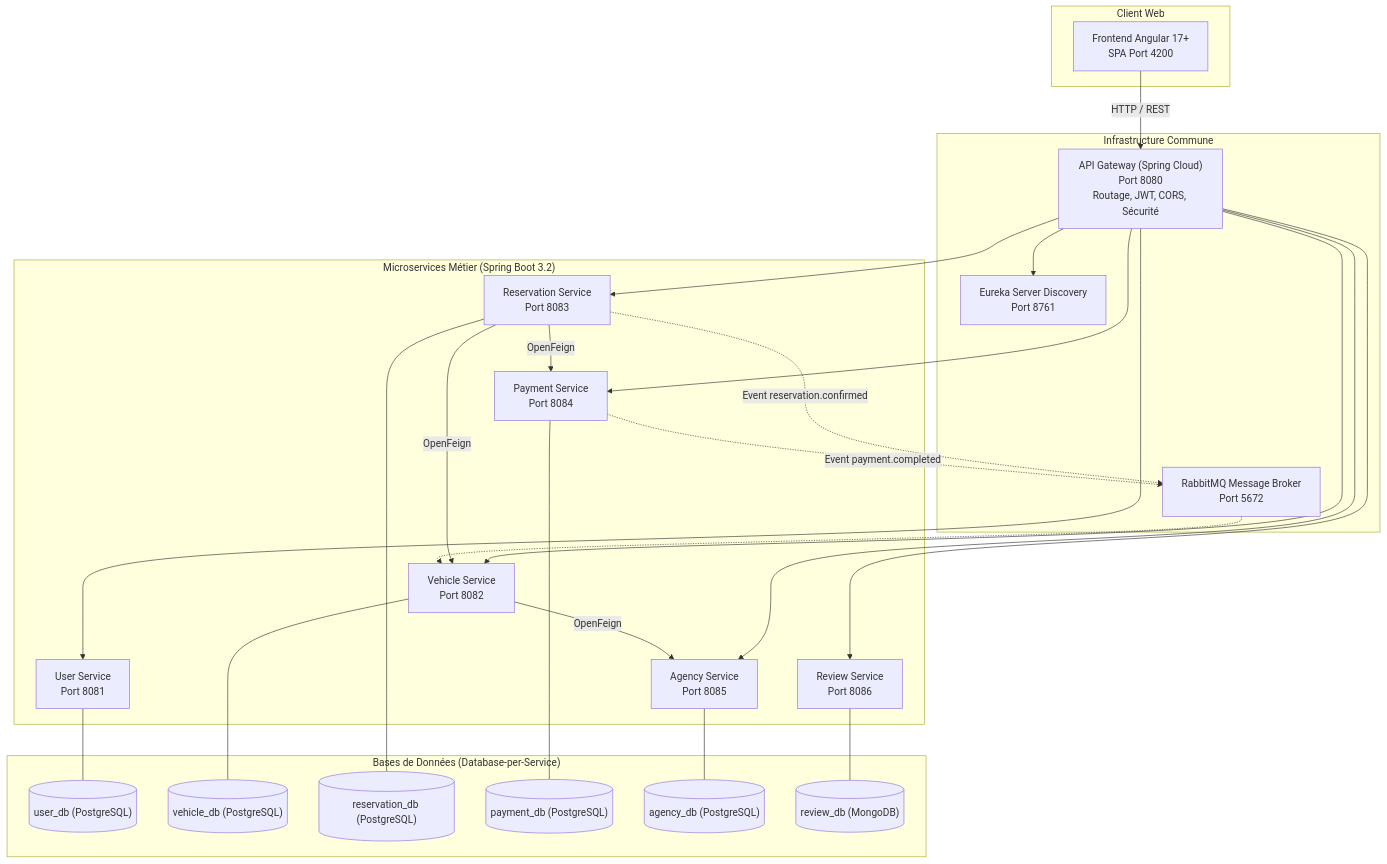
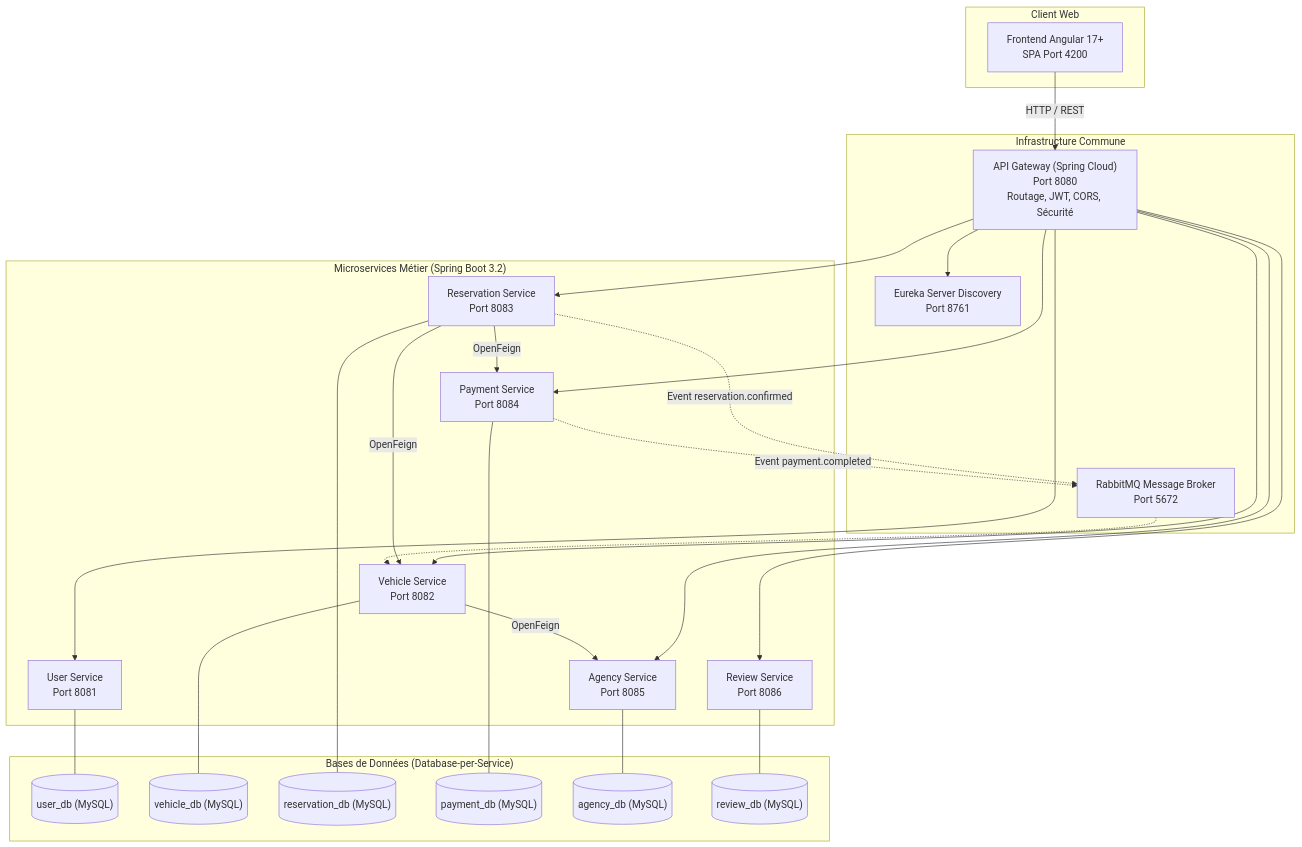
One commit to rayansayari/awd changed the first of 11 diagrams in Documentation/Diagrams/README_DIAGRAMMES.md. Above: the diagram before and after it, drawn with Mermaid. The commit also changed other lines of this file and 34 other files, not shown here.

Commit message:
feat(database): migrate 100% of microservices (including Review-Service) from PostgreSQL/MongoDB to MySQL 8.0

````diff
--- a/Documentation/Diagrams/README_DIAGRAMMES.md
+++ b/Documentation/Diagrams/README_DIAGRAMMES.md
@@ -11,54 +11,54 @@
 ```mermaid
 graph TB
     subgraph CLIENT["Client Web"]
         ANGULAR["Frontend Angular 17+<br/>SPA Port 4200"]
     end
 
     subgraph INFRA["Infrastructure Commune"]
         GATEWAY["API Gateway (Spring Cloud)<br/>Port 8080<br/>Routage, JWT, CORS, Sécurité"]
         EUREKA["Eureka Server Discovery<br/>Port 8761"]
         RABBIT["RabbitMQ Message Broker<br/>Port 5672"]
     end
 
     subgraph SERVICES["Microservices Métier (Spring Boot 3.2)"]
         USER["User Service<br/>Port 8081"]
         VEHICLE["Vehicle Service<br/>Port 8082"]
         RES["Reservation Service<br/>Port 8083"]
         PAY["Payment Service<br/>Port 8084"]
         AGENCY["Agency Service<br/>Port 8085"]
         REVIEW["Review Service<br/>Port 8086"]
     end
 
     subgraph DATABASES["Bases de Données (Database-per-Service)"]
-        DB_USER[("user_db (PostgreSQL)")]
-        DB_VEHICLE[("vehicle_db (PostgreSQL)")]
-        DB_RES[("reservation_db (PostgreSQL)")]
-        DB_PAY[("payment_db (PostgreSQL)")]
-        DB_AGENCY[("agency_db (PostgreSQL)")]
-        DB_REVIEW[("review_db (MongoDB)")]
+        DB_USER[("user_db (MySQL)")]
+        DB_VEHICLE[("vehicle_db (MySQL)")]
+        DB_RES[("reservation_db (MySQL)")]
+        DB_PAY[("payment_db (MySQL)")]
+        DB_AGENCY[("agency_db (MySQL)")]
+        DB_REVIEW[("review_db (MySQL)")]
     end
 
     ANGULAR -->|HTTP / REST| GATEWAY
     GATEWAY --> EUREKA
     GATEWAY --> USER
     GATEWAY --> VEHICLE
     GATEWAY --> RES
     GATEWAY --> PAY
     GATEWAY --> AGENCY
     GATEWAY --> REVIEW
 
     RES -->|OpenFeign| VEHICLE
     RES -->|OpenFeign| PAY
     VEHICLE -->|OpenFeign| AGENCY
 
     RES -.->|Event reservation.confirmed| RABBIT
     PAY -.->|Event payment.completed| RABBIT
     RABBIT -.-> VEHICLE
 
     USER --- DB_USER
     VEHICLE --- DB_VEHICLE
     RES --- DB_RES
     PAY --- DB_PAY
     AGENCY --- DB_AGENCY
     REVIEW --- DB_REVIEW
 ```
````
